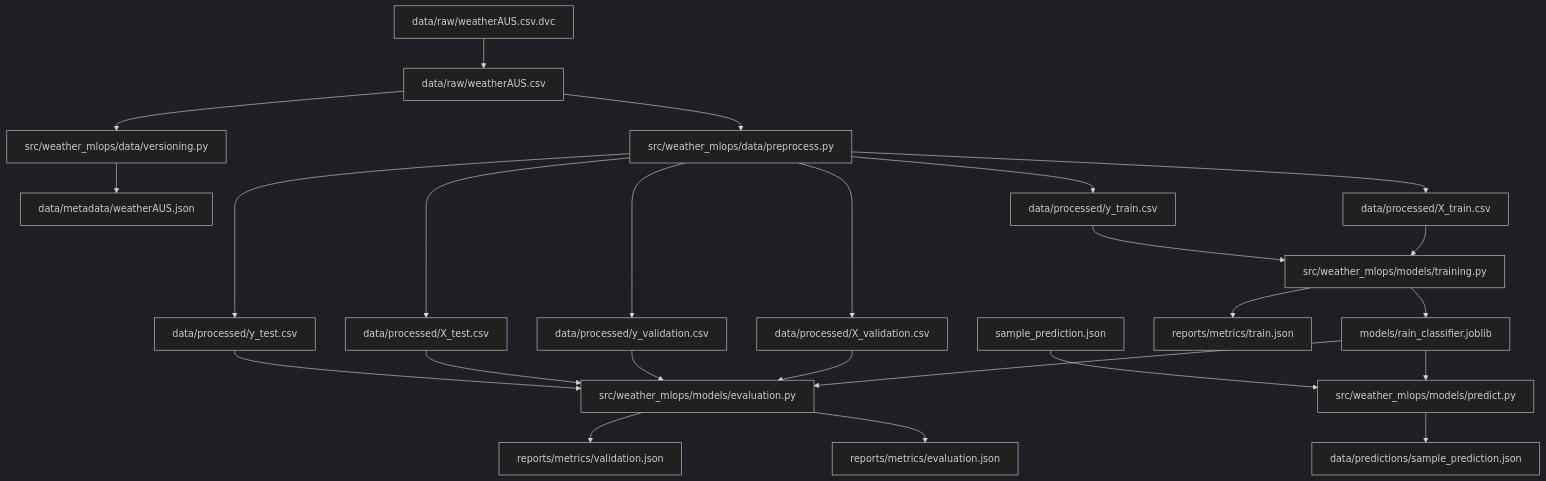
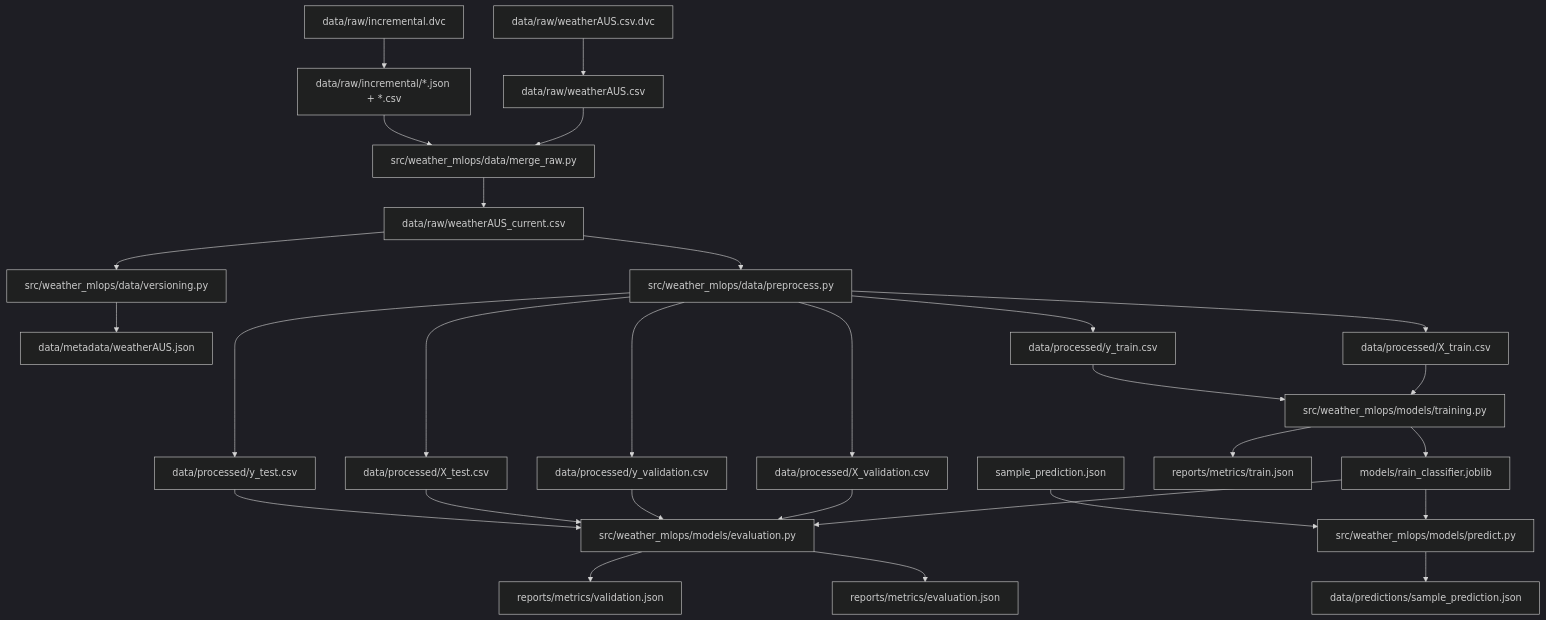
The diagram in README.md (DataScientest-Studio/jul26_bmlops_int_weather), drawn with Mermaid (dark theme) before and after one commit. The commit also changed other lines of this file and 14 other files, not shown here.

Commit message:
Add fresh weather data ingestion

````diff
--- a/README.md
+++ b/README.md
@@ -77,32 +90,37 @@
 ```mermaid
 flowchart TD
     raw_dvc["data/raw/weatherAUS.csv.dvc"] --> raw["data/raw/weatherAUS.csv"]
+    inc_dvc["data/raw/incremental.dvc"] --> inc["data/raw/incremental/*.json + *.csv"]
 
-    raw --> version_code["src/weather_mlops/data/versioning.py"]
+    raw --> merge_code["src/weather_mlops/data/merge_raw.py"]
+    inc --> merge_code
+    merge_code --> current["data/raw/weatherAUS_current.csv"]
+
+    current --> version_code["src/weather_mlops/data/versioning.py"]
     version_code --> metadata["data/metadata/weatherAUS.json"]
 
-    raw --> preprocess_code["src/weather_mlops/data/preprocess.py"]
+    current --> preprocess_code["src/weather_mlops/data/preprocess.py"]
     preprocess_code --> xtrain["data/processed/X_train.csv"]
     preprocess_code --> ytrain["data/processed/y_train.csv"]
     preprocess_code --> xval["data/processed/X_validation.csv"]
     preprocess_code --> yval["data/processed/y_validation.csv"]
     preprocess_code --> xtest["data/processed/X_test.csv"]
     preprocess_code --> ytest["data/processed/y_test.csv"]
 
     xtrain --> train_code["src/weather_mlops/models/training.py"]
     ytrain --> train_code
     train_code --> model["models/rain_classifier.joblib"]
     train_code --> train_metrics["reports/metrics/train.json"]
 
     model --> eval_code["src/weather_mlops/models/evaluation.py"]
     xval --> eval_code
     yval --> eval_code
     xtest --> eval_code
     ytest --> eval_code
     eval_code --> val_metrics["reports/metrics/validation.json"]
     eval_code --> test_metrics["reports/metrics/evaluation.json"]
 
     model --> predict_code["src/weather_mlops/models/predict.py"]
     sample["sample_prediction.json"] --> predict_code
     predict_code --> prediction["data/predictions/sample_prediction.json"]
 ```
````
